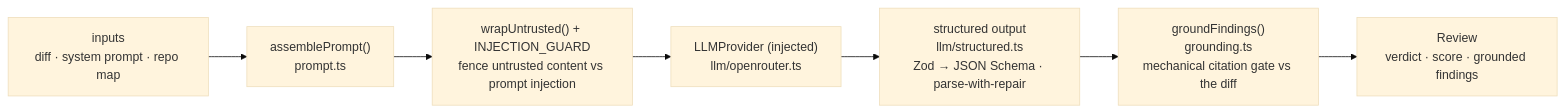
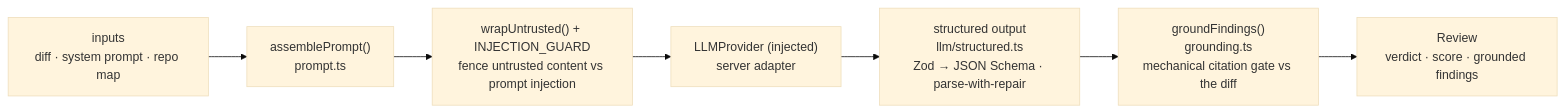
The diagram in reviewer-core/README.md (igor-kruzhylko/dev-digest), drawn with Mermaid (base theme) before and after one commit. The commit also changed 31 other files, not shown here.

````diff
--- a/reviewer-core/README.md
+++ b/reviewer-core/README.md
@@ -16,9 +16,9 @@
 ```mermaid
 flowchart LR
   IN["inputs<br/>diff · system prompt · repo map"] --> PROMPT["assemblePrompt()<br/>prompt.ts"]
   PROMPT --> WRAP["wrapUntrusted() + INJECTION_GUARD<br/>fence untrusted content vs prompt injection"]
-  WRAP --> LLM["LLMProvider (injected)<br/>llm/openrouter.ts"]
+  WRAP --> LLM["LLMProvider (injected)<br/>server adapter"]
   LLM --> STRUCT["structured output<br/>llm/structured.ts<br/>Zod → JSON Schema · parse-with-repair"]
   STRUCT --> GROUND["groundFindings()<br/>grounding.ts<br/>mechanical citation gate vs the diff"]
   GROUND --> OUT["Review<br/>verdict · score · grounded findings"]
 ```
````
